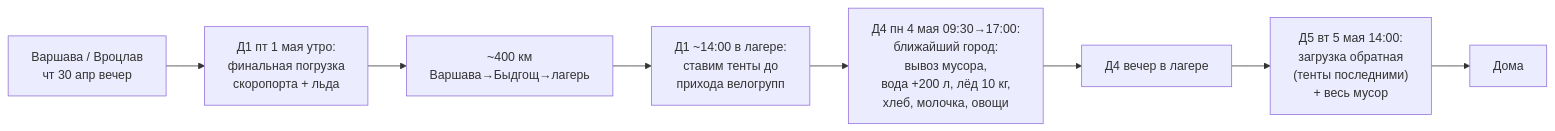
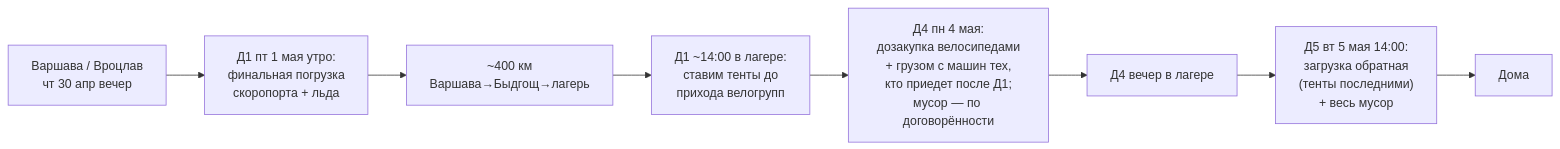
One commit to beetzung/tour_de_bory_2026 changed the diagram in logistics.md. Above: the diagram before and after it, drawn with Mermaid. The commit also changed other lines of this file and 12 other files, not shown here.

````diff
--- a/logistics.md
+++ b/logistics.md
@@ -30,10 +30,10 @@
 ```mermaid
 flowchart LR
     Start["Варшава / Вроцлав<br/>чт 30 апр вечер"] --> Load1["Д1 пт 1 мая утро:<br/>финальная погрузка<br/>скоропорта + льда"]
     Load1 --> Drive1["~400 км<br/>Варшава→Быдгощ→лагерь"]
     Drive1 --> Camp1["Д1 ~14:00 в лагере:<br/>ставим тенты до<br/>прихода велогрупп"]
-    Camp1 --> City1["Д4 пн 4 мая 09:30→17:00:<br/>ближайший город:<br/>вывоз мусора,<br/>вода +200 л, лёд 10 кг,<br/>хлеб, молочка, овощи"]
+    Camp1 --> City1["Д4 пн 4 мая:<br/>дозакупка велосипедами<br/>+ грузом с машин тех,<br/>кто приедет после Д1;<br/>мусор — по договорённости"]
     City1 --> Camp2["Д4 вечер в лагере"]
     Camp2 --> Final["Д5 вт 5 мая 14:00:<br/>загрузка обратная<br/>(тенты последними)<br/>+ весь мусор"]
     Final --> End["Дома"]
 ```
````
